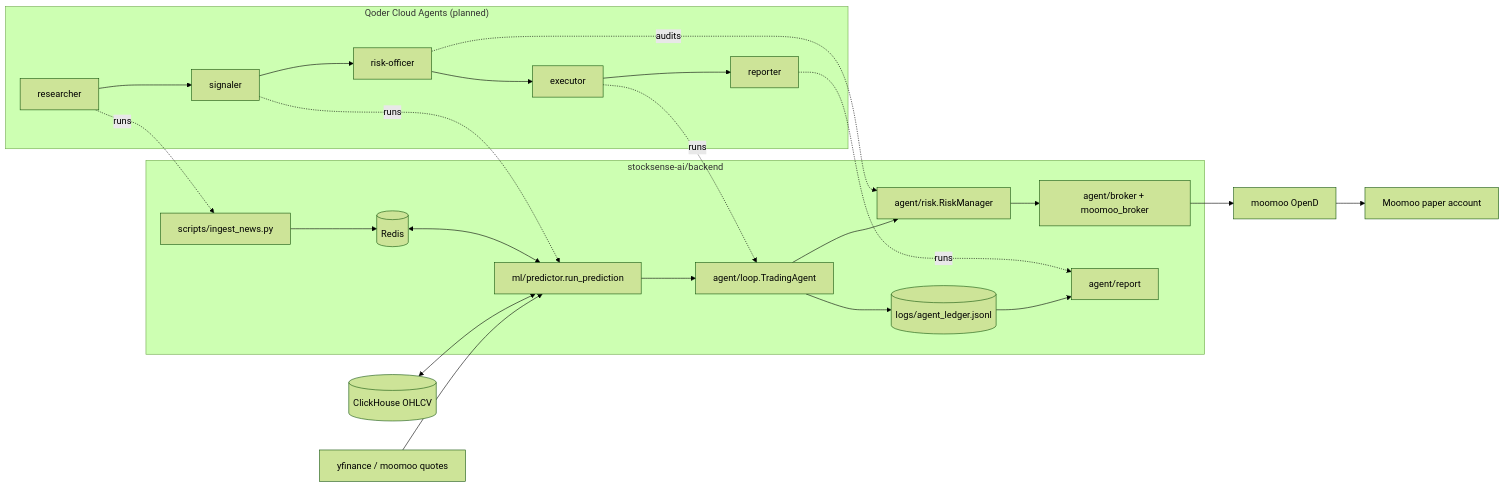
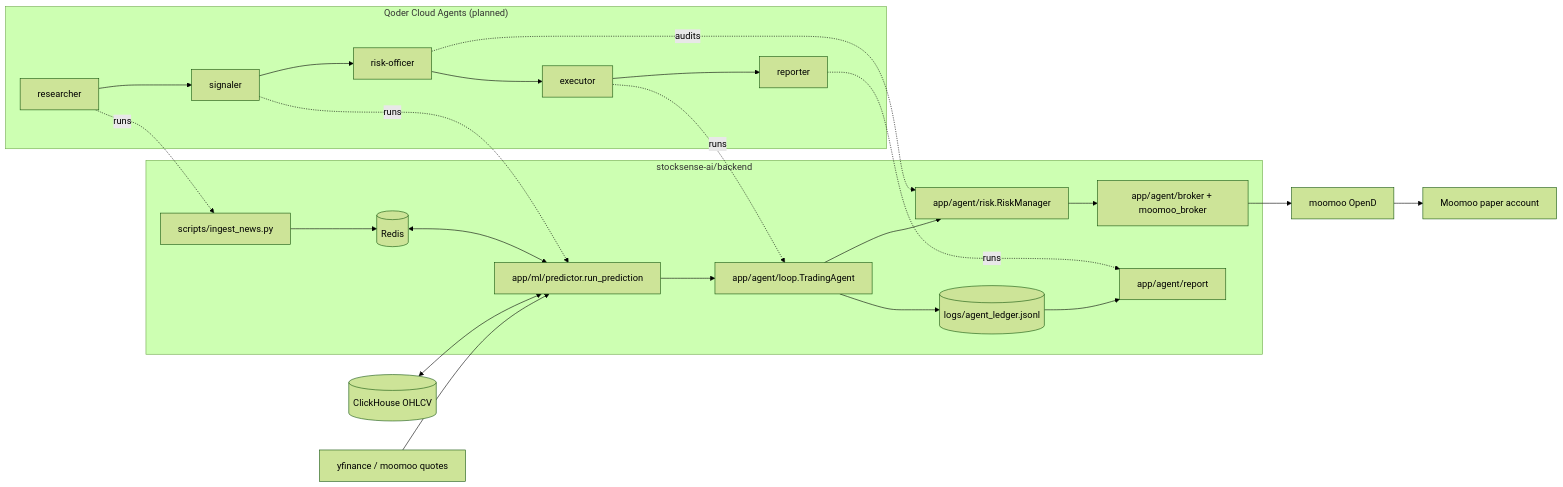
One commit to timothylee58/stocksense-ai changed the diagram in docs/challenge/ARCHITECTURE.md. Above: the diagram before and after it, drawn with Mermaid (forest theme). The commit also changed other lines of this file and 17 other files, not shown here.

First line of the commit message:
fix: address second review round on the paper-trading agent

````diff
--- a/docs/challenge/ARCHITECTURE.md
+++ b/docs/challenge/ARCHITECTURE.md
@@ -8,26 +8,26 @@
 ```mermaid
 flowchart LR
   subgraph Qoder["Qoder Cloud Agents (planned)"]
     R[researcher] --> S[signaler] --> K[risk-officer] --> E[executor]
     E --> P[reporter]
   end
   subgraph Repo["stocksense-ai/backend"]
     ING[scripts/ingest_news.py] --> RED[(Redis)]
-    PRED[ml/predictor.run_prediction]
-    LOOP[agent/loop.TradingAgent]
-    RISK[agent/risk.RiskManager]
-    BRK[agent/broker + moomoo_broker]
+    PRED[app/ml/predictor.run_prediction]
+    LOOP[app/agent/loop.TradingAgent]
+    RISK[app/agent/risk.RiskManager]
+    BRK[app/agent/broker + moomoo_broker]
     LED[(logs/agent_ledger.jsonl)]
-    REP[agent/report]
+    REP[app/agent/report]
   end
   DATA[yfinance / moomoo quotes] --> PRED
   CH[(ClickHouse OHLCV)] <--> PRED
   RED <--> PRED
   PRED --> LOOP --> RISK --> BRK --> OPEND[moomoo OpenD] --> PAPER[Moomoo paper account]
   LOOP --> LED --> REP
   R -.runs.-> ING
   S -.runs.-> PRED
   K -.audits.-> RISK
   E -.runs.-> LOOP
   P -.runs.-> REP
 ```
````
